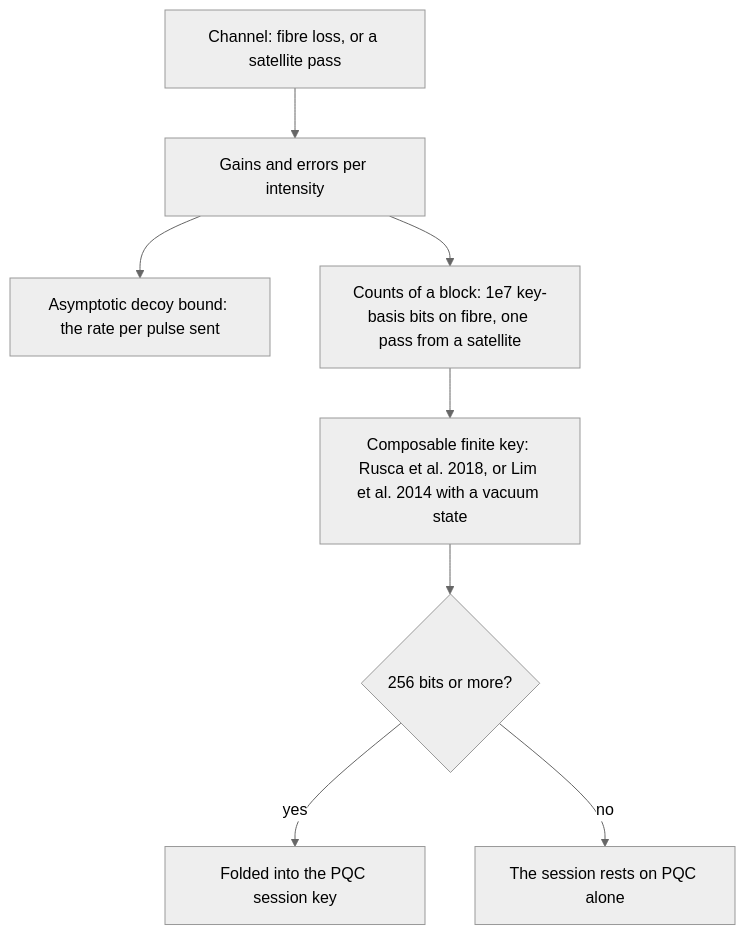
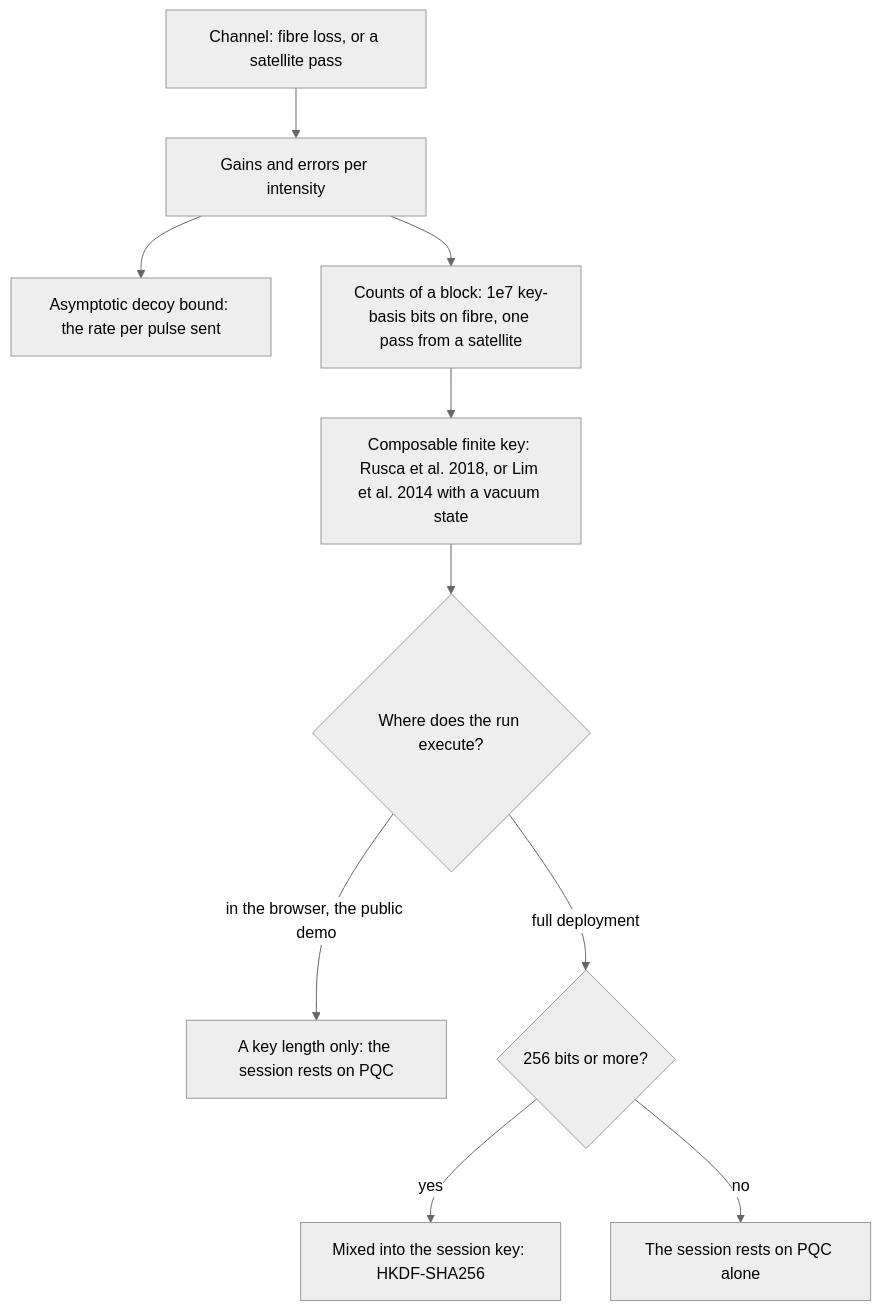
One commit to Quantum-Daemons/QSMPC-QKD-QHE-AI-Hybrid changed the eighth of 11 diagrams in README.md. Above: the diagram before and after it, drawn with Mermaid (neutral theme). The commit also changed other lines of this file and 36 other files, not shown here.

````diff
--- a/README.md
+++ b/README.md
@@ -99,10 +279,12 @@
 ```mermaid
 flowchart TD
   CH["Channel: fibre loss, or a satellite pass"] --> G["Gains and errors per intensity"]
   G --> A["Asymptotic decoy bound: the rate per pulse sent"]
   G --> BL["Counts of a block: 1e7 key-basis bits on fibre, one pass from a satellite"]
   BL --> F["Composable finite key: Rusca et al. 2018, or Lim et al. 2014 with a vacuum state"]
-  F --> T{"256 bits or more?"}
-  T -->|yes| X["Folded into the PQC session key"]
+  F --> W{"Where does the run execute?"}
+  W -->|"in the browser, the public demo"| BR["A key length only: the session rests on PQC"]
+  W -->|"full deployment"| T{"256 bits or more?"}
+  T -->|yes| X["Mixed into the session key: HKDF-SHA256"]
   T -->|no| P["The session rests on PQC alone"]
 ```
````
